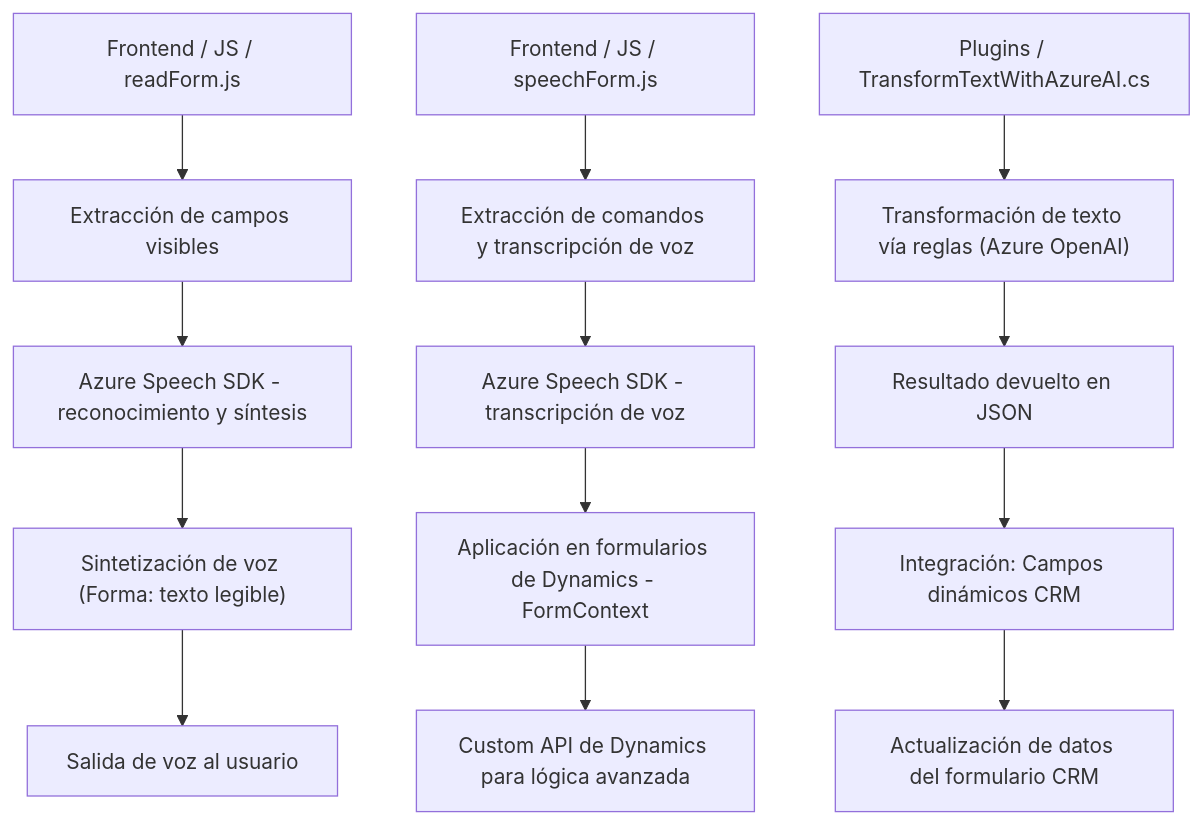
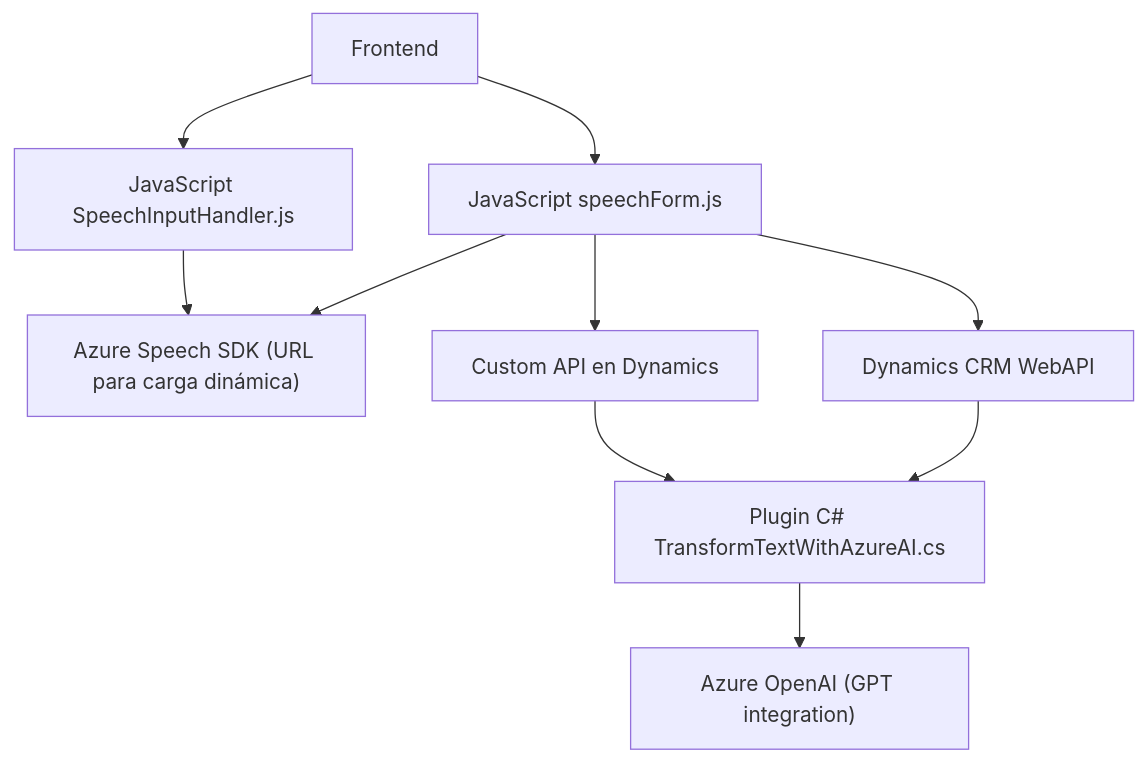
Before and after one commit to blopezdm/NETCORE_BILBAO2025: the diagram in README.md, drawn with Mermaid. The commit also changed other lines of this file, not shown here.

````diff
--- a/README.md
+++ b/README.md
@@ -48,18 +44,12 @@
 ```mermaid
 graph TD
-    A["Frontend / JS / readForm.js"] --> B["Extracción de campos visibles"]
-    B --> C["Azure Speech SDK - reconocimiento y síntesis"]
-    C --> D["Sintetización de voz (Forma: texto legible)"]
-
-    E["Frontend / JS / speechForm.js"] --> F["Extracción de comandos y transcripción de voz"]
-    F --> G["Azure Speech SDK - transcripción de voz"]
-    G --> H["Aplicación en formularios de Dynamics - FormContext"]
-    H --> I["Custom API de Dynamics para lógica avanzada"]
-
-    J["Plugins / TransformTextWithAzureAI.cs"] --> K["Transformación de texto vía reglas (Azure OpenAI)"]
-    K --> L["Resultado devuelto en JSON"]
-    L --> M["Integración: Campos dinámicos CRM"]
-
-    D --> N["Salida de voz al usuario"]
-    M --> O["Actualización de datos del formulario CRM"]
+    A["Frontend"] --> B["JavaScript SpeechInputHandler.js"]
+    B --> C["Azure Speech SDK (URL para carga dinámica)"]
+    A --> D["JavaScript speechForm.js"]
+    D --> C
+    D --> E["Custom API en Dynamics"]
+    E --> F["Plugin C# TransformTextWithAzureAI.cs"]
+    F --> G["Azure OpenAI (GPT integration)"]
+    D --> H["Dynamics CRM WebAPI"]
+    H --> F
 ```
````
